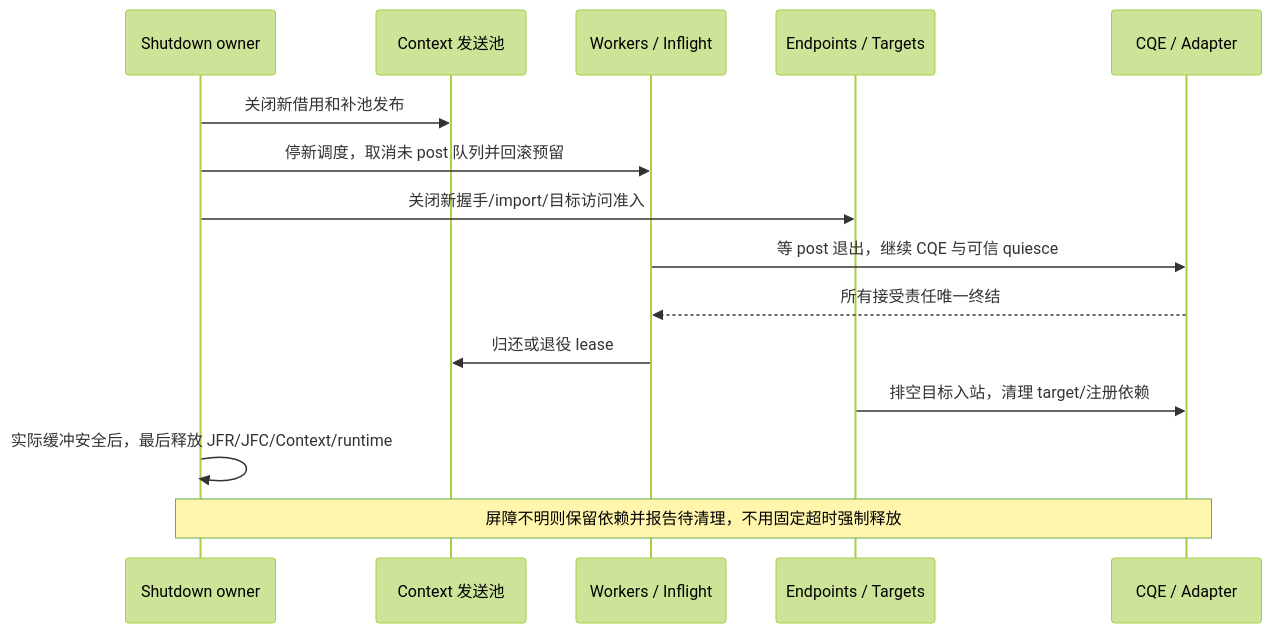
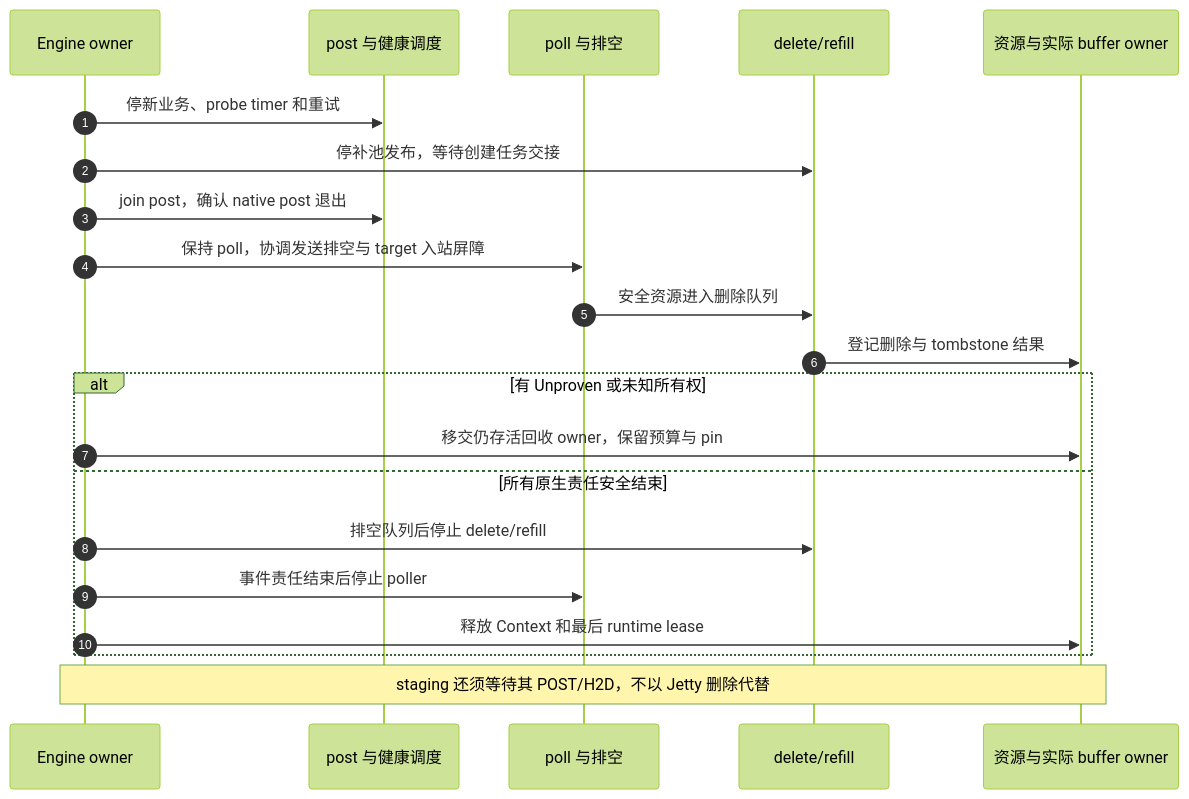
Before and after one commit to HangCong126/Supercache: the eighth of 8 diagrams in docs/analyze/tent-ub-rm-jetty-pool-design.md, drawn with Mermaid (forest theme). The commit also changed other lines of this file and 2 other files, not shown here.

Commit message:
[Doc] Redesign TENT RM Jetty pools and thread lifecycle

````diff
--- a/docs/analyze/tent-ub-rm-jetty-pool-design.md
+++ b/docs/analyze/tent-ub-rm-jetty-pool-design.md
@@ -287,17 +635,23 @@
 ```mermaid
 sequenceDiagram
-    participant S as Shutdown owner
-    participant P as Context 发送池
-    participant W as Workers / Inflight
-    participant E as Endpoints / Targets
-    participant C as CQE / Adapter
-    S->>P: 关闭新借用和补池发布
-    S->>W: 停新调度，取消未 post 队列并回滚预留
-    S->>E: 关闭新握手/import/目标访问准入
-    W->>C: 等 post 退出，继续 CQE 与可信 quiesce
-    C-->>W: 所有接受责任唯一终结
-    W->>P: 归还或退役 lease
-    E->>C: 排空目标入站，清理 target/注册依赖
-    S->>S: 实际缓冲安全后，最后释放 JFR/JFC/Context/runtime
-    Note over S,C: 屏障不明则保留依赖并报告待清理，不用固定超时强制释放
+    autonumber
+    participant O as Engine owner
+    participant W as post 与健康调度
+    participant C as poll 与排空
+    participant D as delete/refill
+    participant R as 资源与实际 buffer owner
+    O->>W: 停新业务、probe timer 和重试
+    O->>D: 停补池发布，等待创建任务交接
+    O->>W: join post，确认 native post 退出
+    O->>C: 保持 poll，协调发送排空与 target 入站屏障
+    C->>D: 安全资源进入删除队列
+    D->>R: 登记删除与 tombstone 结果
+    alt 有 Unproven 或未知所有权
+        O->>R: 移交仍存活回收 owner，保留预算与 pin
+    else 所有原生责任安全结束
+        O->>D: 排空队列后停止 delete/refill
+        O->>C: 事件责任结束后停止 poller
+        O->>R: 释放 Context 和最后 runtime lease
+    end
+    Note over O,R: staging 还须等待其 POST/H2D，不以 Jetty 删除代替
 ```
````
